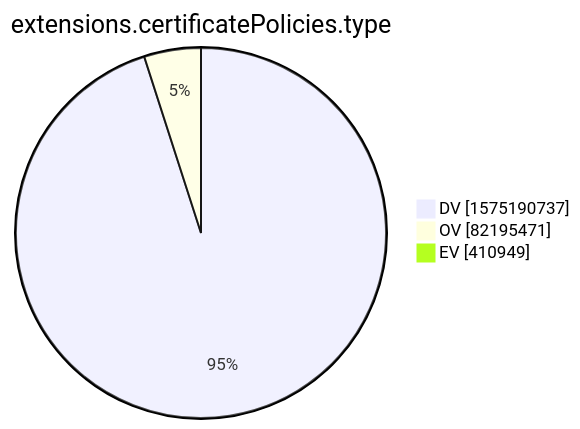
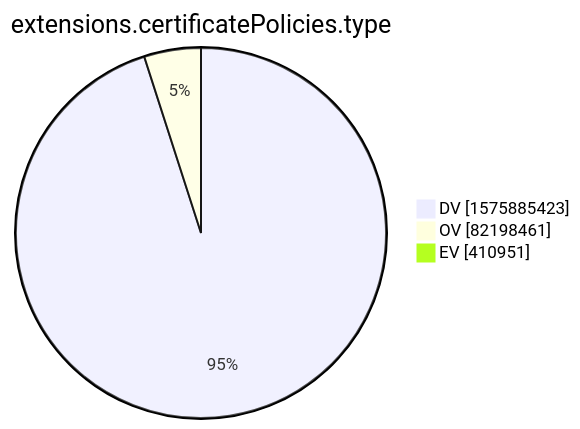
The tenth of 15 diagrams in xenon2022/README.md (christiankrug/ctmonitor_visualization), drawn with Mermaid before and after one commit. The commit also changed other lines of this file, not shown here.

````diff
--- a/xenon2022/README.md
+++ b/xenon2022/README.md
@@ -2877,7 +2877,7 @@
 ```mermaid
 pie showData
 title extensions.certificatePolicies.type
-"DV" :1575190737
-"OV" :82195471
-"EV" :410949
+"DV" :1575885423
+"OV" :82198461
+"EV" :410951
 ```
````
